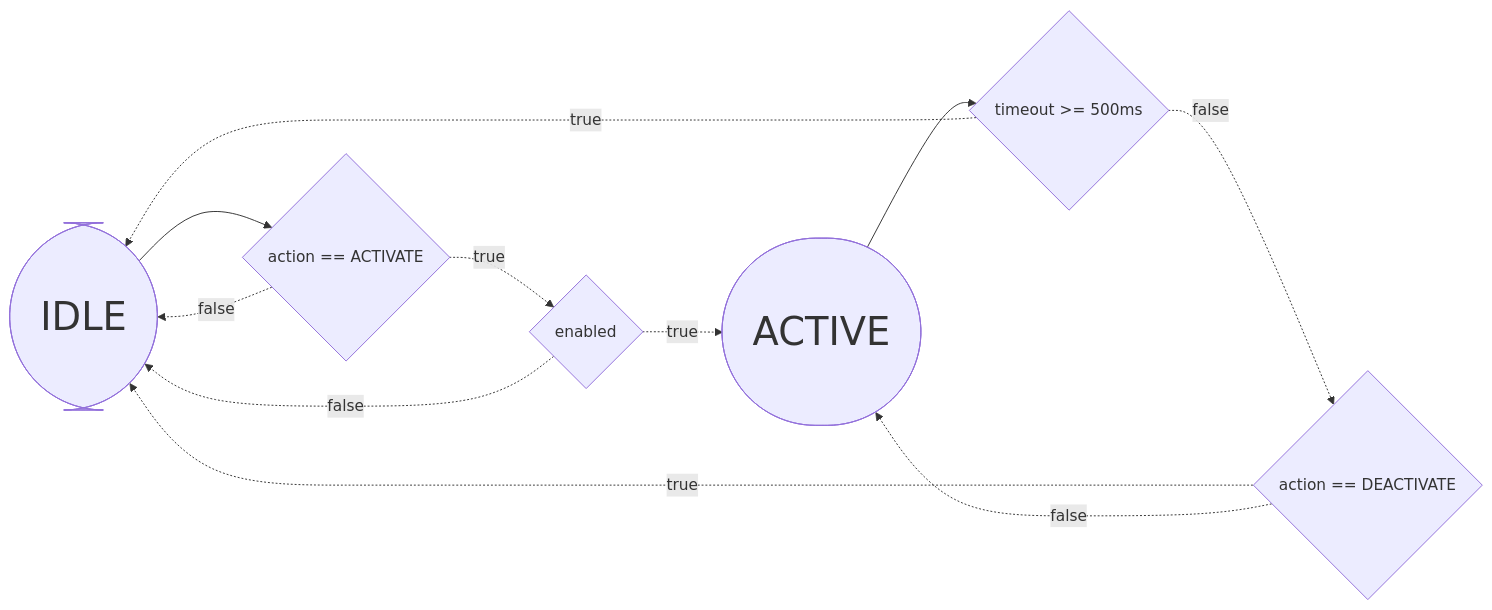
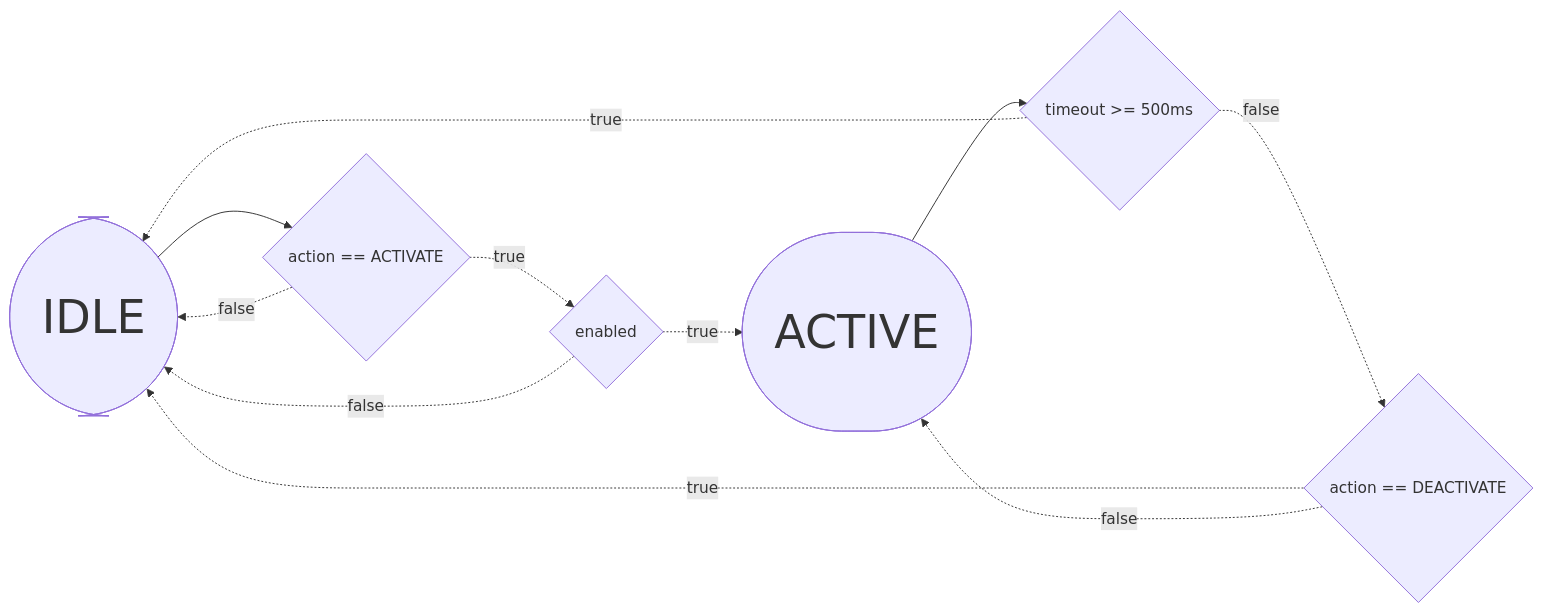
Before and after one commit to aidnem/secretary-of-state: the diagram in example.md, drawn with Mermaid. The commit also changed 1 other file, not shown here.

Commit message:
Manually specify <font size=11> along with classDef to make state text fit no longer be cut off

````diff
--- a/example.md
+++ b/example.md
@@ -1,24 +1,24 @@
 ```mermaid
 flowchart LR
 
 classDef state font-size:40px,padding:10px
 
 node0:::state
-node0([IDLE])
+node0([<font size=11>IDLE])
 node1:::state
-node1([ACTIVE])
+node1([<font size=11>ACTIVE])
 node0 --> node2
 node2{"action == ACTIVATE"}
 node2 -.->|true| node3
 node2 -.->|false| node0
 node3{"enabled"}
 node3 -.->|true| node1
 node3 -.->|false| node0
 node1 --> node4
 node4{"timeout >= 500ms"}
 node4 -.->|true| node0
 node4 -.->|false| node5
 node5{"action == DEACTIVATE"}
 node5 -.->|true| node0
 node5 -.->|false| node1
 ```
````
